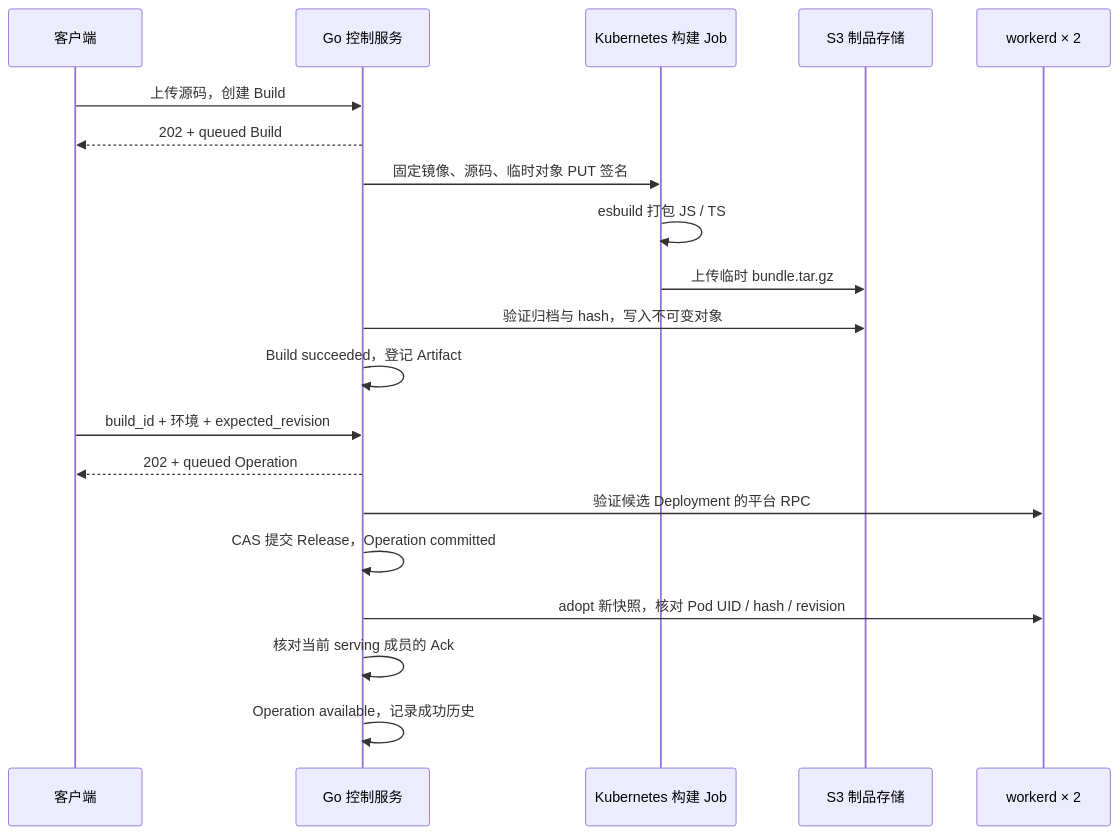
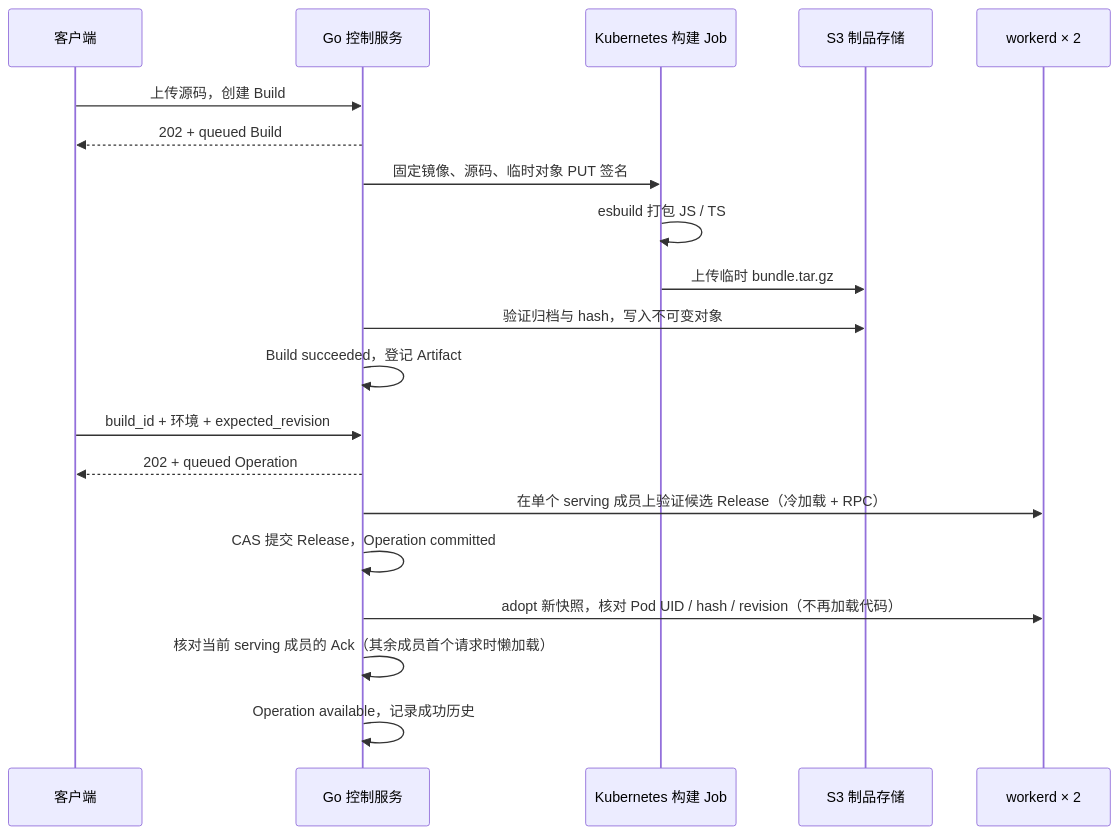
Before and after one commit to krun-dev/krun: the diagram in docs/workers-backend.md, drawn with Mermaid. The commit also changed other lines of this file and 24 other files, not shown here.

````diff
--- a/docs/workers-backend.md
+++ b/docs/workers-backend.md
@@ -7,22 +7,22 @@
 ```mermaid
 sequenceDiagram
     participant C as 客户端
     participant A as Go 控制服务
     participant J as Kubernetes 构建 Job
     participant S as S3 制品存储
     participant W as workerd × 2
     C->>A: 上传源码，创建 Build
     A-->>C: 202 + queued Build
     A->>J: 固定镜像、源码、临时对象 PUT 签名
     J->>J: esbuild 打包 JS / TS
     J->>S: 上传临时 bundle.tar.gz
     A->>S: 验证归档与 hash，写入不可变对象
     A->>A: Build succeeded，登记 Artifact
     C->>A: build_id + 环境 + expected_revision
     A-->>C: 202 + queued Operation
-    A->>W: 验证候选 Deployment 的平台 RPC
+    A->>W: 在单个 serving 成员上验证候选 Release（冷加载 + RPC）
     A->>A: CAS 提交 Release，Operation committed
-    A->>W: adopt 新快照，核对 Pod UID / hash / revision
-    A->>A: 核对当前 serving 成员的 Ack
+    A->>W: adopt 新快照，核对 Pod UID / hash / revision（不再加载代码）
+    A->>A: 核对当前 serving 成员的 Ack（其余成员首个请求时懒加载）
     A->>A: Operation available，记录成功历史
 ```
````
